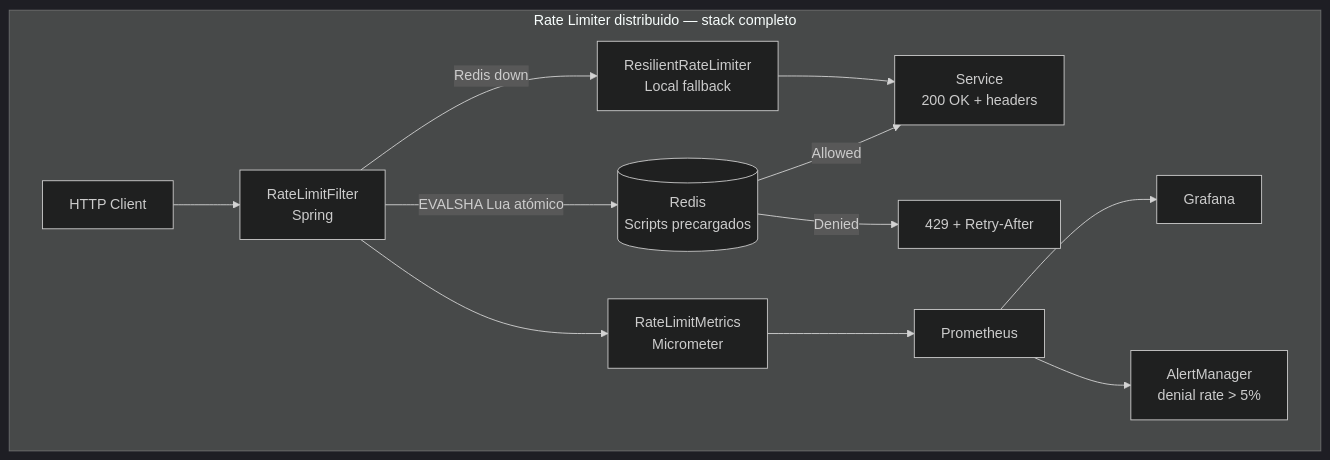
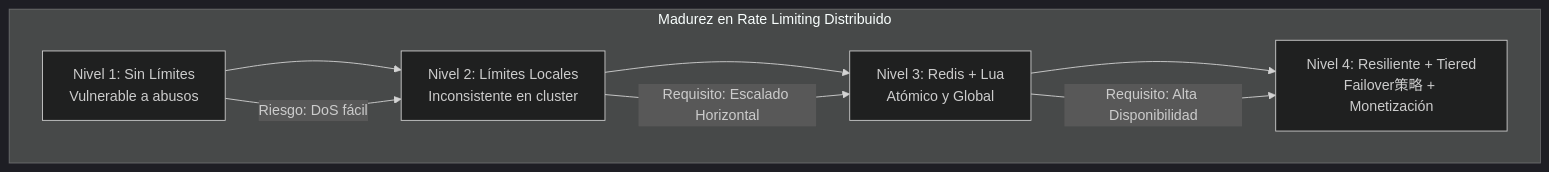
The third of 3 diagrams in 02_Arquitectura/rate_limiter_distribuido_con_redis_y_java_21_STAFF.md (Joaquinriosheredia/DAM-Java-Mastery), drawn with Mermaid (dark theme) before and after one commit. The commit also changed other lines of this file, not shown here.

Commit message:
rate_limiter_distribuido_con_redis_y_java_21_STAFF.md

````diff
--- a/02_Arquitectura/rate_limiter_distribuido_con_redis_y_java_21_STAFF.md
+++ b/02_Arquitectura/rate_limiter_distribuido_con_redis_y_java_21_STAFF.md
@@ -728,17 +630,13 @@
 ```mermaid
 graph TD
-    subgraph "Rate Limiter distribuido — stack completo"
-        CLIENT[HTTP Client] --> FILTER2[RateLimitFilter\nSpring]
-        FILTER2 -->|EVALSHA Lua atómico| REDIS2[(Redis\nScripts precargados)]
-        REDIS2 -->|Allowed| SVC[Service\n200 OK + headers]
-        REDIS2 -->|Denied| R429[429 + Retry-After]
-
-        FILTER2 -->|Redis down| FALLBACK[ResilientRateLimiter\nLocal fallback]
-        FALLBACK --> SVC
-
-        FILTER2 --> METRICS[RateLimitMetrics\nMicrometer]
-        METRICS --> PROM2[Prometheus]
-        PROM2 --> GRAF2[Grafana]
-        PROM2 --> AM2[AlertManager\ndenial rate > 5%]
+    subgraph "Madurez en Rate Limiting Distribuido"
+        L1[Nivel 1: Sin Límites\nVulnerable a abusos] --> L2
+        L2[Nivel 2: Límites Locales\nInconsistente en cluster] --> L3
+        L3[Nivel 3: Redis + Lua\nAtómico y Global] --> L4
+        L4[Nivel 4: Resiliente + Tiered\nFailover策略 + Monetización]
     end
+    
+    L1 -->|Riesgo: DoS fácil| L2
+    L2 -->|Requisito: Escalado Horizontal| L3
+    L3 -->|Requisito: Alta Disponibilidad| L4
 ```
````
